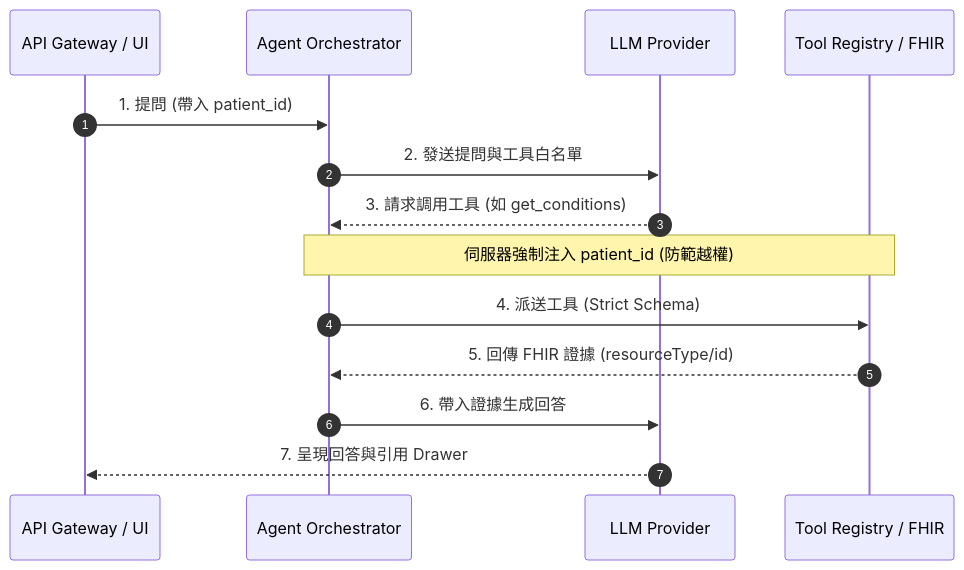
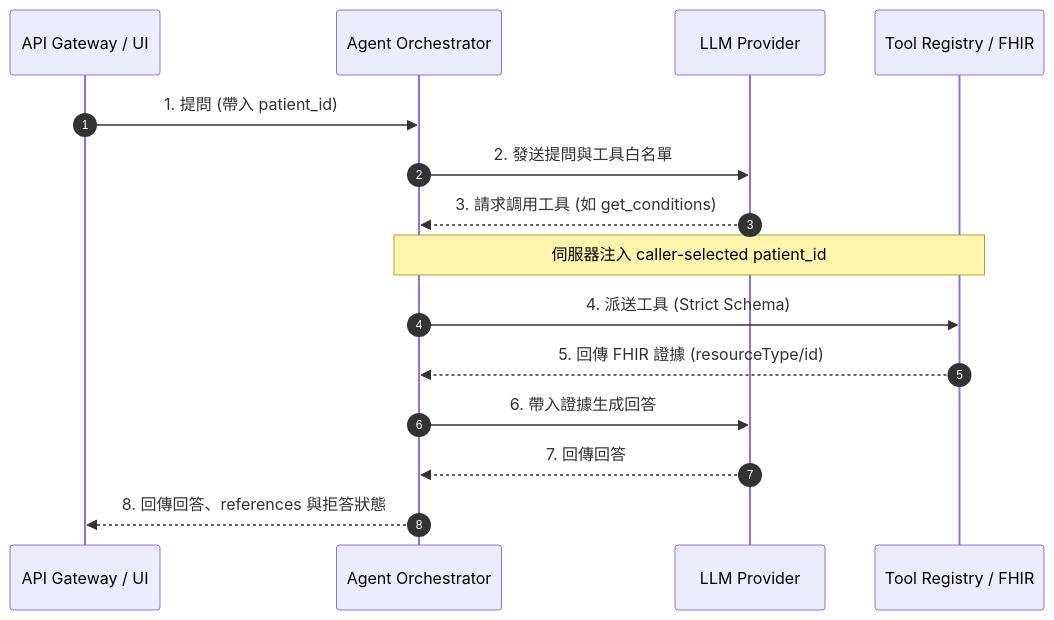
The diagram in README.md (kuotunyu/fhir-care-copilot), drawn with Mermaid before and after one commit. The commit also changed other lines of this file and 20 other files, not shown here.

````diff
--- a/README.md
+++ b/README.md
@@ -34,17 +34,18 @@
 ```mermaid
 sequenceDiagram
     autonumber
     participant App as API Gateway / UI
     participant Agent as Agent Orchestrator
     participant Model as LLM Provider
     participant Tools as Tool Registry / FHIR
 
     App->>Agent: 1. 提問 (帶入 patient_id)
     Agent->>Model: 2. 發送提問與工具白名單
     Model-->>Agent: 3. 請求調用工具 (如 get_conditions)
-    Note over Agent,Tools: 伺服器強制注入 patient_id (防範越權)
+    Note over Agent,Tools: 伺服器注入 caller-selected patient_id
     Agent->>Tools: 4. 派送工具 (Strict Schema)
     Tools-->>Agent: 5. 回傳 FHIR 證據 (resourceType/id)
     Agent->>Model: 6. 帶入證據生成回答
-    Model-->>App: 7. 呈現回答與引用 Drawer
+    Model-->>Agent: 7. 回傳回答
+    Agent-->>App: 8. 回傳回答、references 與拒答狀態
 ```
````
